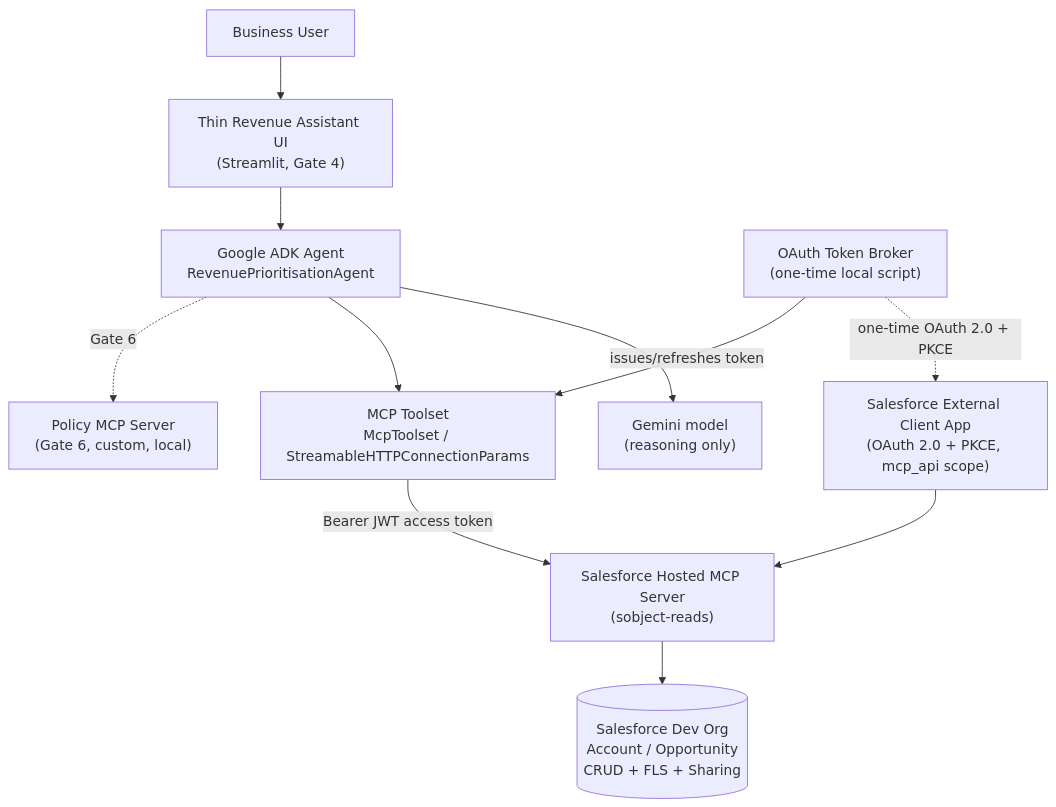
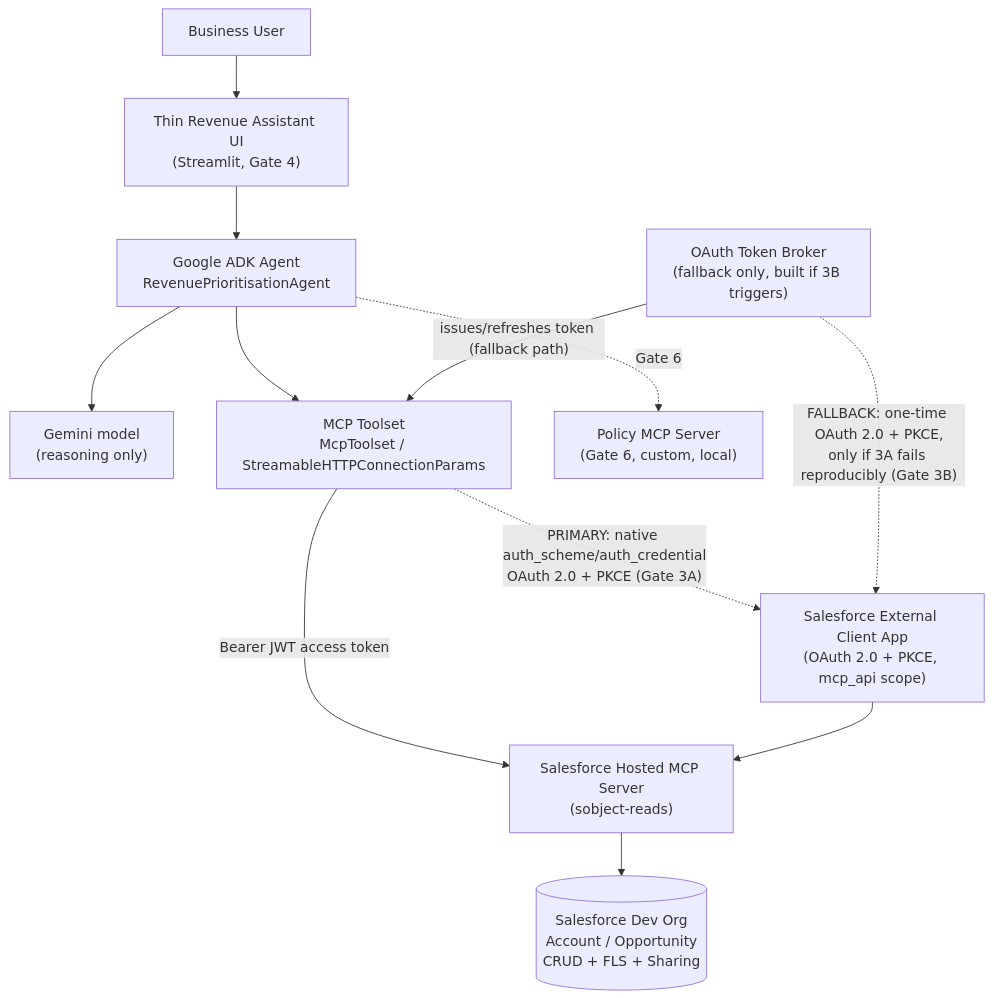
One commit to vikaspandey1007/sfdc-mcp-poc changed the first of 4 diagrams in docs/gate-0-plan.md. Above: the diagram before and after it, drawn with Mermaid. The commit also changed other lines of this file, not shown here.

First line of the commit message:
docs: flip D2 to native-first ADK OAuth with tested fallback

````diff
--- a/docs/gate-0-plan.md
+++ b/docs/gate-0-plan.md
@@ -78,23 +89,24 @@
 ```mermaid
 flowchart TB
     User[Business User]
     UI["Thin Revenue Assistant UI<br/>(Streamlit, Gate 4)"]
     Agent["Google ADK Agent<br/>RevenuePrioritisationAgent"]
     Gemini["Gemini model<br/>(reasoning only)"]
     Toolset["MCP Toolset<br/>McpToolset / StreamableHTTPConnectionParams"]
-    Broker["OAuth Token Broker<br/>(one-time local script)"]
+    Broker["OAuth Token Broker<br/>(fallback only, built if 3B triggers)"]
     ECA["Salesforce External Client App<br/>(OAuth 2.0 + PKCE, mcp_api scope)"]
     SFMCP["Salesforce Hosted MCP Server<br/>(sobject-reads)"]
     SF[("Salesforce Dev Org<br/>Account / Opportunity<br/>CRUD + FLS + Sharing")]
     PolicyMCP["Policy MCP Server<br/>(Gate 6, custom, local)"]
 
     User --> UI --> Agent
     Agent --> Gemini
     Agent --> Toolset
     Toolset -- "Bearer JWT access token" --> SFMCP
-    Broker -. "one-time OAuth 2.0 + PKCE" .-> ECA
-    Broker -- "issues/refreshes token" --> Toolset
+    Toolset -. "PRIMARY: native auth_scheme/auth_credential<br/>OAuth 2.0 + PKCE (Gate 3A)" .-> ECA
+    Broker -. "FALLBACK: one-time OAuth 2.0 + PKCE,<br/>only if 3A fails reproducibly (Gate 3B)" .-> ECA
+    Broker -- "issues/refreshes token (fallback path)" --> Toolset
     ECA --> SFMCP
     SFMCP --> SF
     Agent -. "Gate 6" .-> PolicyMCP
 ```
````
